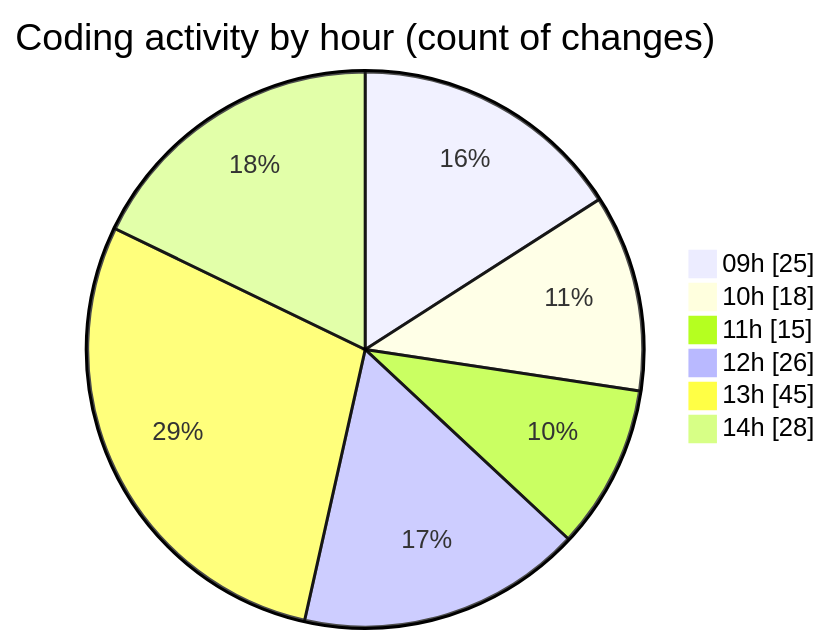
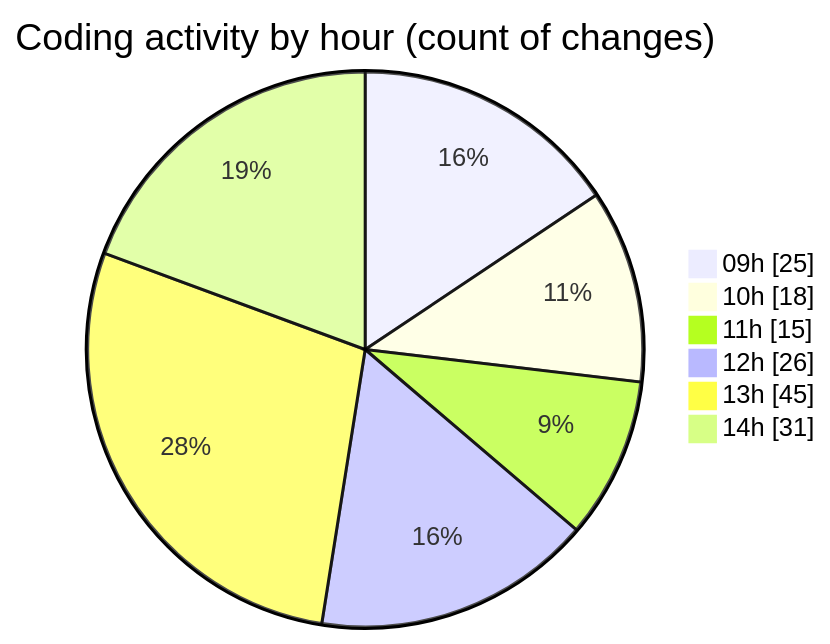
One commit to momahboobian/code-tracking changed the second of 2 diagrams in 2025-03-13/cda/README.md. Above: the diagram before and after it, drawn with Mermaid. The commit also changed other lines of this file and 1 other file, not shown here.

````diff
--- a/2025-03-13/cda/README.md
+++ b/2025-03-13/cda/README.md
@@ -42,10 +42,10 @@
 ```mermaid
 pie showData
 title Coding activity by hour (count of changes)
 "09h" : 25
 "10h" : 18
 "11h" : 15
 "12h" : 26
 "13h" : 45
-"14h" : 28
+"14h" : 31
 ```
````
